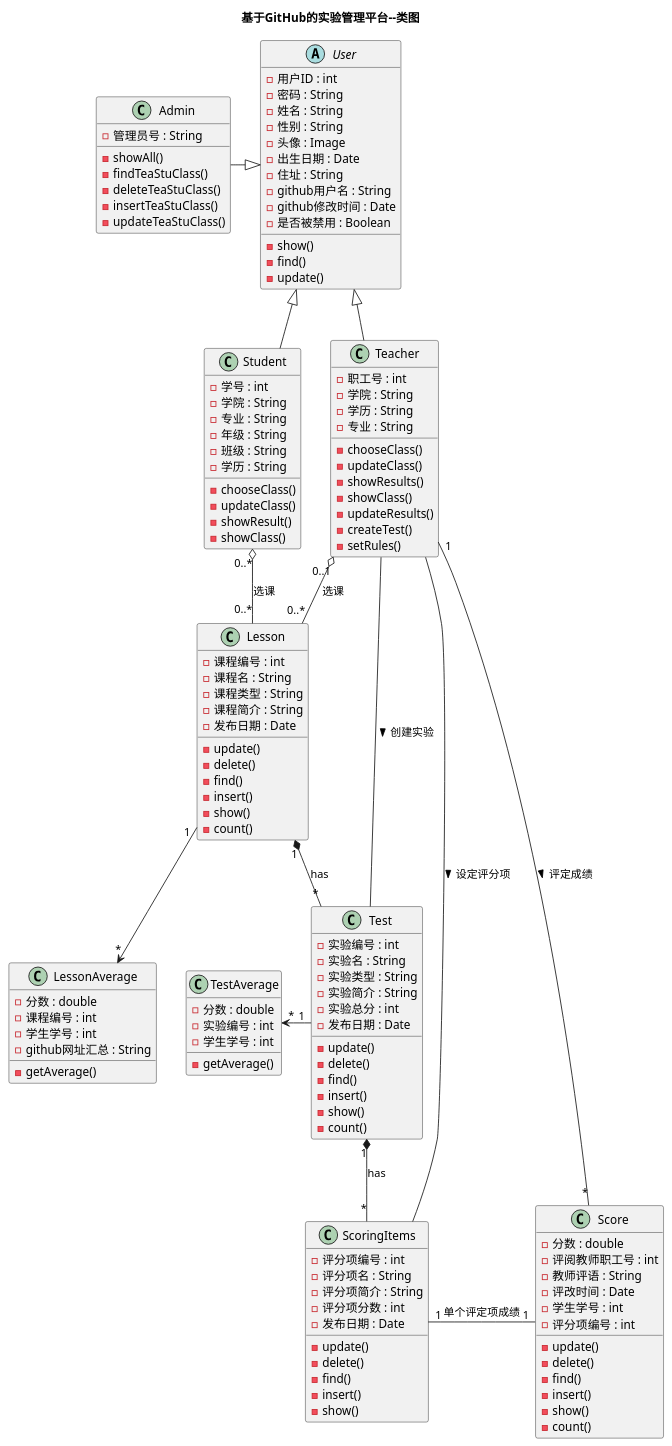
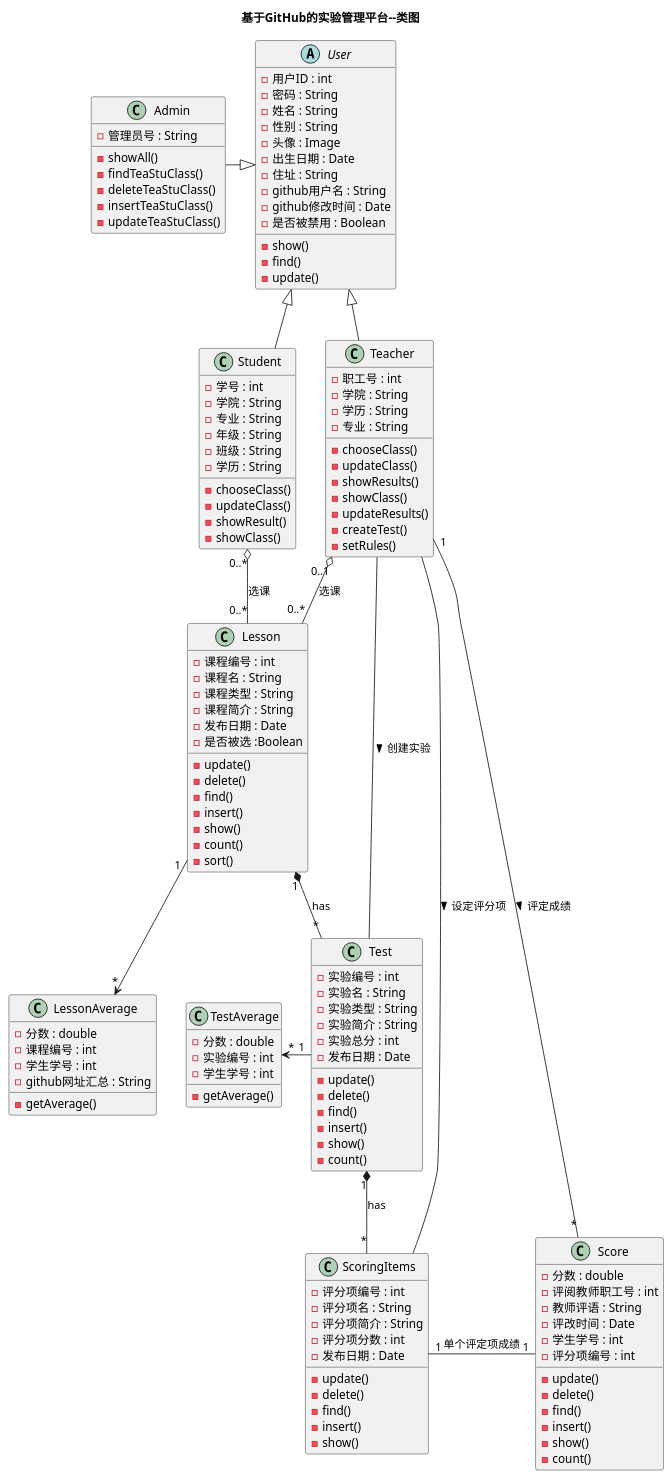
The diagram in test6/src/systemClass.puml (mzy1997/is_analysis), drawn with PlantUML before and after one commit. The commit also changed 6 other files, not shown here.

```diff
--- a/test6/src/systemClass.puml
+++ b/test6/src/systemClass.puml
@@ -1,142 +1,144 @@
 @startuml
 title 基于GitHub的实验管理平台--类图
 abstract class User{
 -用户ID : int
 -密码 : String
 -姓名 : String
 -性别 : String
 -头像 : Image
 -出生日期 : Date
 -住址 : String
 -github用户名 : String
 -github修改时间 : Date
 -是否被禁用 : Boolean
 -show()
 -find()
 -update()
 }
 
 class Admin{
 -管理员号 : String
 -showAll()
 -findTeaStuClass()
 -deleteTeaStuClass()
 -insertTeaStuClass()
 -updateTeaStuClass()
 }
 
 class Student{
 -学号 : int
 -学院 : String
 -专业 : String
 -年级 : String
 -班级 : String
 -学历 : String
 -chooseClass()
 -updateClass()
 -showResult()
 -showClass()
 }
 
 class Teacher{
 -职工号 : int
 -学院 : String
 -学历 : String
 -专业 : String
 -chooseClass()
 -updateClass()
 -showResults()
 -showClass()
 -updateResults()
 -createTest()
 -setRules()
 }
 
 User <|-- Student
 User <|-- Teacher
 User <|-left- Admin
 
 class Lesson{
 -课程编号 : int
 -课程名 : String
 -课程类型 : String
 -课程简介 : String
 -发布日期 : Date
+-是否被选 :Boolean
 -update()
 -delete()
 -find()
 -insert()
 -show()
 -count()
+-sort()
 }
 
 class Test{
 -实验编号 : int
 -实验名 : String
 -实验类型 : String
 -实验简介 : String
 -实验总分 : int
 -发布日期 : Date
 -update()
 -delete()
 -find()
 -insert()
 -show()
 -count()
 }
 
 class ScoringItems{
 -评分项编号 : int
 -评分项名 : String
 -评分项简介 : String
 -评分项分数 : int
 -发布日期 : Date
 -update()
 -delete()
 -find()
 -insert()
 -show()
 }
 
 Teacher "0..1" o-- "0..*" Lesson:选课
 Student "0..*" o--"0..*" Lesson:选课
 Lesson "1" *--"*" Test:has
 Test "1" *--"*" ScoringItems:has
 Teacher -- Test:创建实验 >
 Teacher -- ScoringItems:设定评分项 >
 
 
 class Score{
 -分数 : double
 -评阅教师职工号 : int
 -教师评语 : String
 -评改时间 : Date
 -学生学号 : int
 -评分项编号 : int
 -update()
 -delete()
 -find()
 -insert()
 -show()
 -count()
 }
 
 class TestAverage{
 -分数 : double
 -实验编号 : int
 -学生学号 : int
 -getAverage()
 }
 
 class LessonAverage{
 -分数 : double
 -课程编号 : int
 -学生学号 : int
 -github网址汇总 : String
 -getAverage()
 }
 ScoringItems "1"-right-"1" Score:单个评定项成绩
 Teacher "1"--"*" Score:评定成绩 >
 Test "1" -left->"*" TestAverage
 Lesson "1" -->"*" LessonAverage
 @enduml
```
